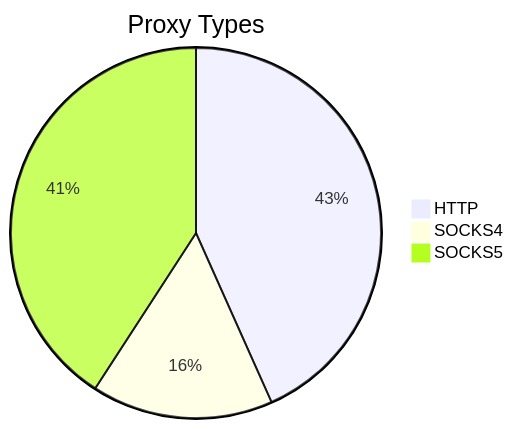
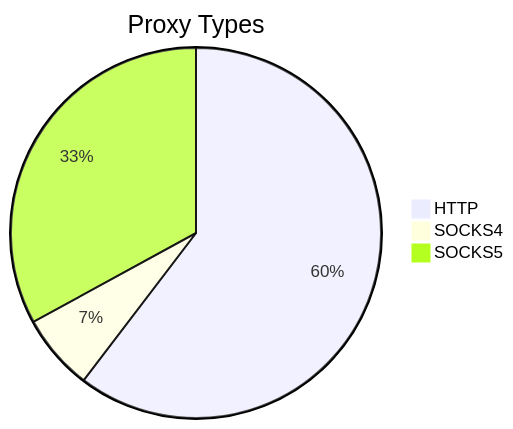
One commit to stormsia/proxy-list changed the first of 2 diagrams in README.md. Above: the diagram before and after it, drawn with Mermaid. The commit also changed other lines of this file, not shown here.

````diff
--- a/README.md
+++ b/README.md
@@ -21,6 +21,6 @@
 ```mermaid
 pie title Proxy Types
-    "HTTP" : 175
-    "SOCKS4" : 64
-    "SOCKS5" : 165
+    "HTTP" : 163
+    "SOCKS4" : 18
+    "SOCKS5" : 89
 ```
````
